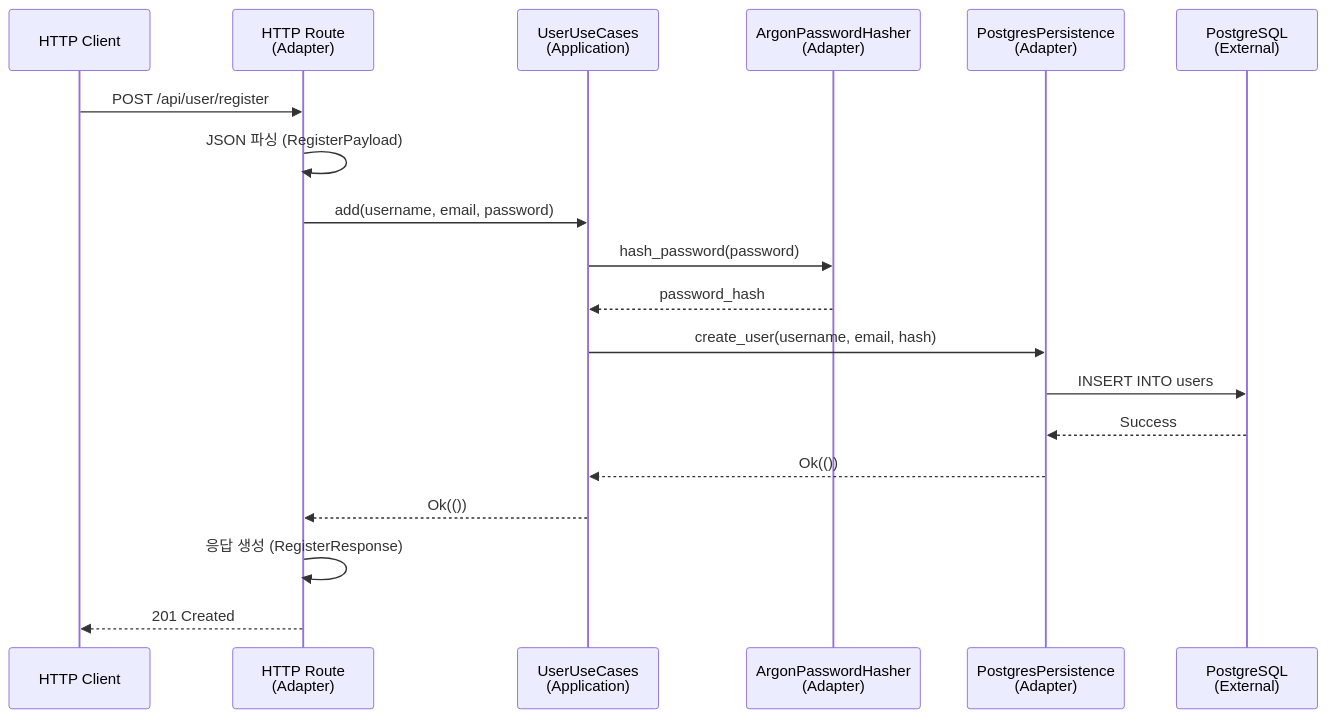
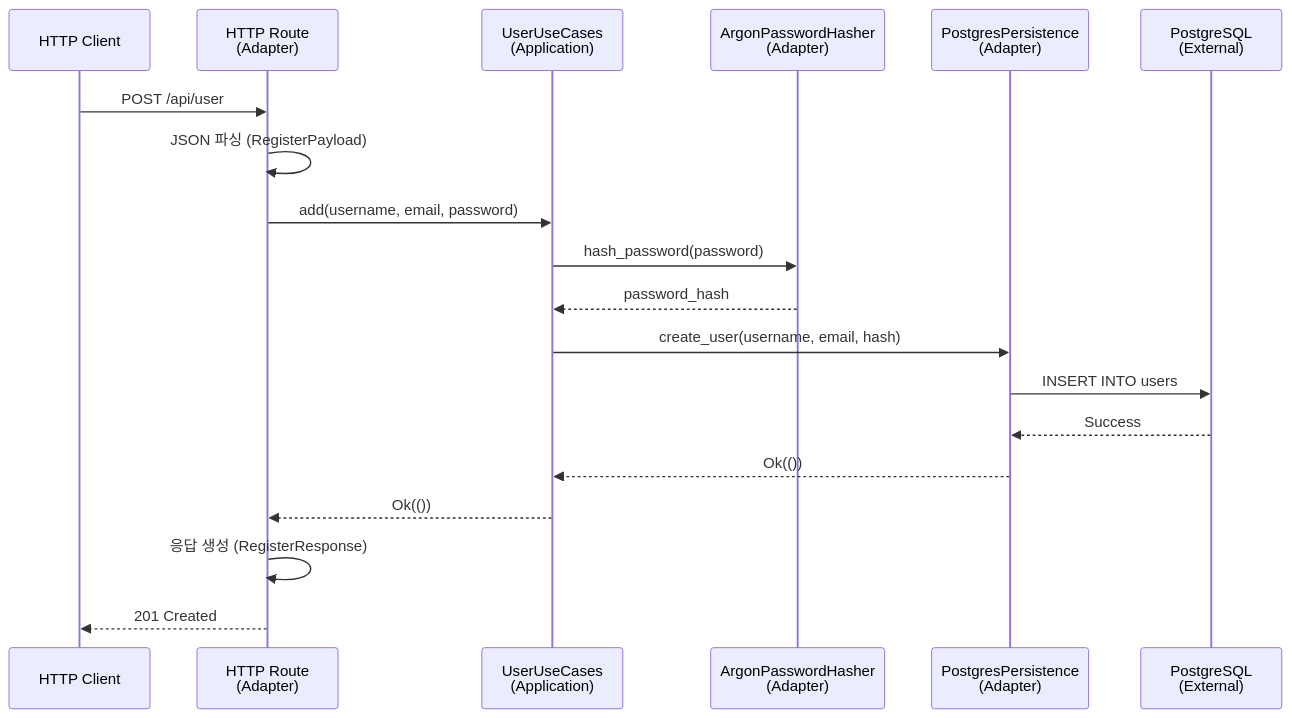
One commit to mingyuchoo/rust-study-series changed the seventh of 8 diagrams in Database/axum-sqlx-postgres/docs/ARCHITECTURE.md. Above: the diagram before and after it, drawn with Mermaid. The commit also changed other lines of this file and 3 other files, not shown here.

Commit message:
refactor: standardize API paths by removing /register and using consistent path param format

````diff
--- a/Database/axum-sqlx-postgres/docs/ARCHITECTURE.md
+++ b/Database/axum-sqlx-postgres/docs/ARCHITECTURE.md
@@ -242,22 +242,22 @@
 ```mermaid
 sequenceDiagram
     participant Client as HTTP Client
     participant Route as HTTP Route<br/>(Adapter)
     participant UseCase as UserUseCases<br/>(Application)
     participant Hasher as ArgonPasswordHasher<br/>(Adapter)
     participant Persistence as PostgresPersistence<br/>(Adapter)
     participant DB as PostgreSQL<br/>(External)
     
-    Client->>Route: POST /api/user/register
+    Client->>Route: POST /api/user
     Route->>Route: JSON 파싱 (RegisterPayload)
     Route->>UseCase: add(username, email, password)
     UseCase->>Hasher: hash_password(password)
     Hasher-->>UseCase: password_hash
     UseCase->>Persistence: create_user(username, email, hash)
     Persistence->>DB: INSERT INTO users
     DB-->>Persistence: Success
     Persistence-->>UseCase: Ok(())
     UseCase-->>Route: Ok(())
     Route->>Route: 응답 생성 (RegisterResponse)
     Route-->>Client: 201 Created
 ```
````
